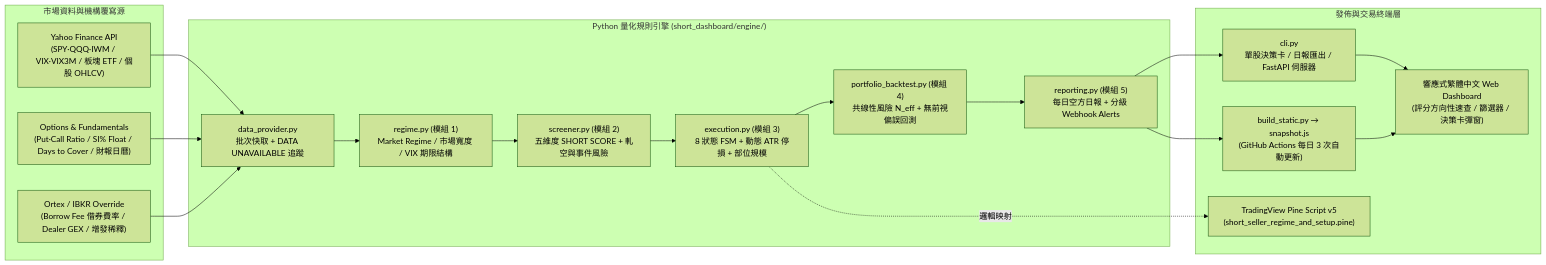
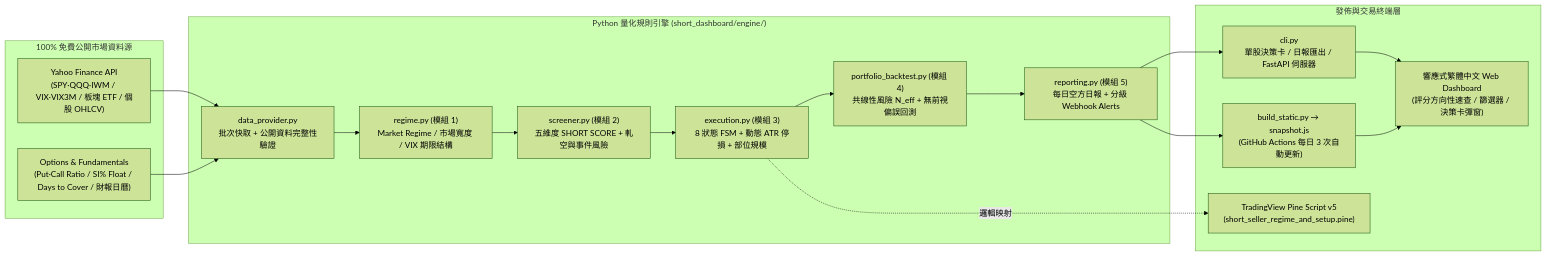
Before and after one commit to mimiba0925/short_seller_dashboard: the diagram in workthrough.md, drawn with Mermaid (forest theme). The commit also changed other lines of this file and 11 other files, not shown here.

````diff
--- a/workthrough.md
+++ b/workthrough.md
@@ -21,32 +21,30 @@
 ```mermaid
 flowchart LR
-  subgraph Sources["市場資料與機構覆寫源"]
+  subgraph Sources["100% 免費公開市場資料源"]
     YF["Yahoo Finance API\n(SPY·QQQ·IWM / VIX·VIX3M / 板塊 ETF / 個股 OHLCV)"]
     OPT["Options & Fundamentals\n(Put·Call Ratio / SI% Float / Days to Cover / 財報日曆)"]
-    OVR["Ortex / IBKR Override\n(Borrow Fee 借券費率 / Dealer GEX / 增發稀釋)"]
   end
 
   subgraph Engine["Python 量化規則引擎 (short_dashboard/engine/)"]
-    DP["data_provider.py\n批次快取 + DATA UNAVAILABLE 追蹤"]
+    DP["data_provider.py\n批次快取 + 公開資料完整性驗證"]
     M1["regime.py (模組 1)\nMarket Regime / 市場寬度 / VIX 期限結構"]
     M2["screener.py (模組 2)\n五維度 SHORT SCORE + 軋空與事件風險"]
     M3["execution.py (模組 3)\n8 狀態 FSM + 動態 ATR 停損 + 部位規模"]
     M4["portfolio_backtest.py (模組 4)\n共線性風險 N_eff + 無前視偏誤回測"]
     M5["reporting.py (模組 5)\n每日空方日報 + 分級 Webhook Alerts"]
   end
 
   subgraph Delivery["發佈與交易終端層"]
     CLI["cli.py\n單股決策卡 / 日報匯出 / FastAPI 伺服器"]
     SNAP["build_static.py → snapshot.js\n(GitHub Actions 每日 3 次自動更新)"]
     UI["響應式繁體中文 Web Dashboard\n(評分方向性速查 / 篩選器 / 決策卡彈窗)"]
     PINE["TradingView Pine Script v5\n(short_seller_regime_and_setup.pine)"]
   end
 
   YF --> DP
   OPT --> DP
-  OVR --> DP
   DP --> M1 --> M2 --> M3 --> M4 --> M5
   M5 --> CLI --> UI
   M5 --> SNAP --> UI
   M3 -.邏輯映射.-> PINE
 ```
````
